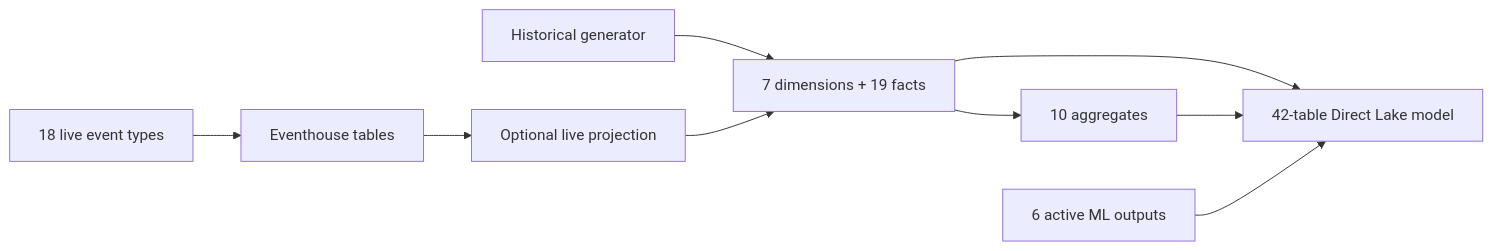
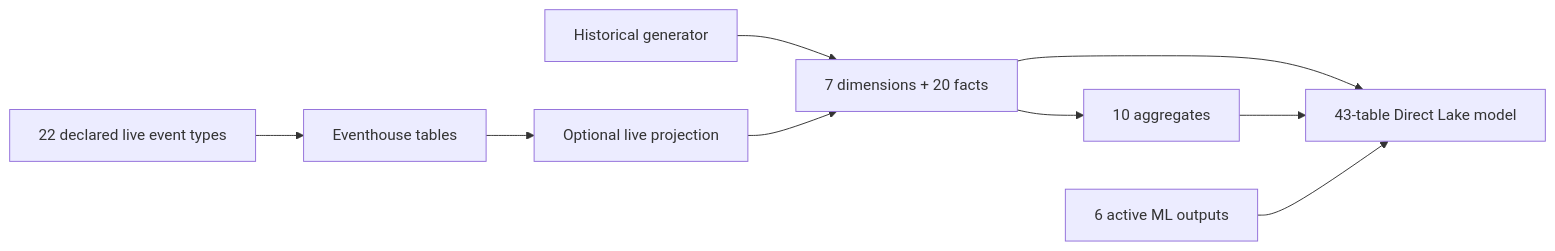
Before and after one commit to amattas/retail-demo: the diagram in docs/design/architecture/data-schema.md, drawn with Mermaid. The commit also changed other lines of this file and 12 other files, not shown here.

````diff
--- a/docs/design/architecture/data-schema.md
+++ b/docs/design/architecture/data-schema.md
@@ -100,11 +106,11 @@
 ```mermaid
 flowchart LR
-    Events[18 live event types] --> KQL[Eventhouse tables]
+    Events[22 declared live event types] --> KQL[Eventhouse tables]
     KQL --> Projection[Optional live projection]
-    Generation[Historical generator] --> Silver[7 dimensions + 19 facts]
+    Generation[Historical generator] --> Silver[7 dimensions + 20 facts]
     Projection --> Silver
     Silver --> Gold[10 aggregates]
-    Silver --> Model[42-table Direct Lake model]
+    Silver --> Model[43-table Direct Lake model]
     Gold --> Model
     ML[6 active ML outputs] --> Model
 ```
````
